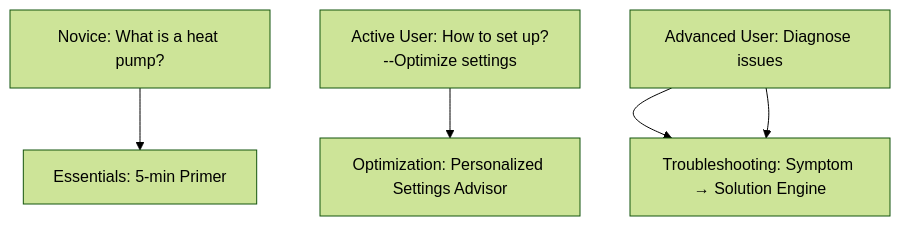
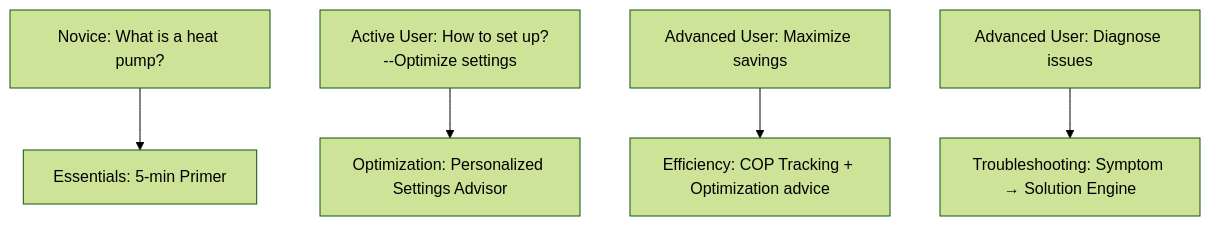
One commit to shandy-del/heatpump-go changed the second of 2 diagrams in WeeklyNotes/week01.md. Above: the diagram before and after it, drawn with Mermaid (forest theme).

Commit message:
update same content

````diff
--- a/WeeklyNotes/week01.md
+++ b/WeeklyNotes/week01.md
@@ -67,7 +67,7 @@
 ```mermaid 
 flowchart TD
 A1["Novice: What is a heat pump?"] --> A2["Essentials: 5-min Primer"] 
 B1["Active User: How to set up?--Optimize settings"] --> B2["Optimization: Personalized Settings Advisor"] 
 C1["Advanced User: Maximize savings"] --> C2["Efficiency: COP Tracking + Optimization advice"]
-C1["Advanced User: Diagnose issues"] --> C2["Troubleshooting: Symptom → Solution Engine"]
+D1["Advanced User: Diagnose issues"] --> D2["Troubleshooting: Symptom → Solution Engine"]
 ```
````
